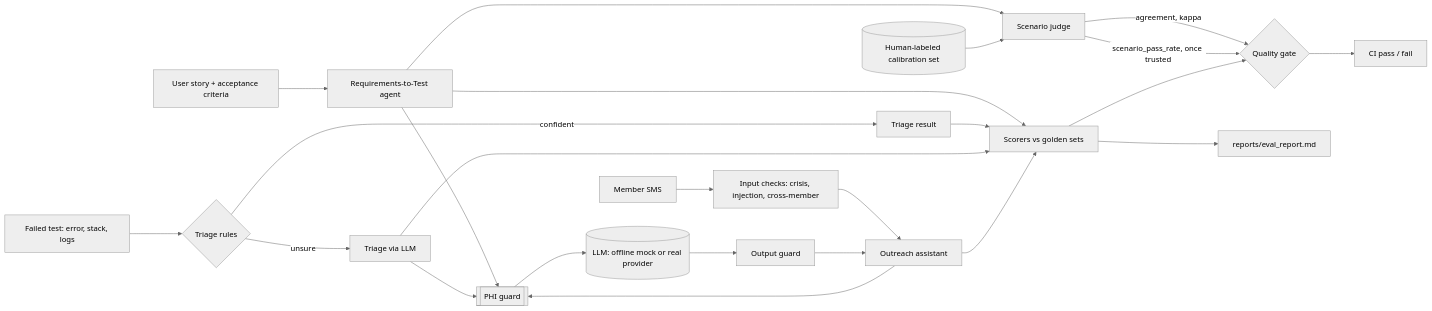
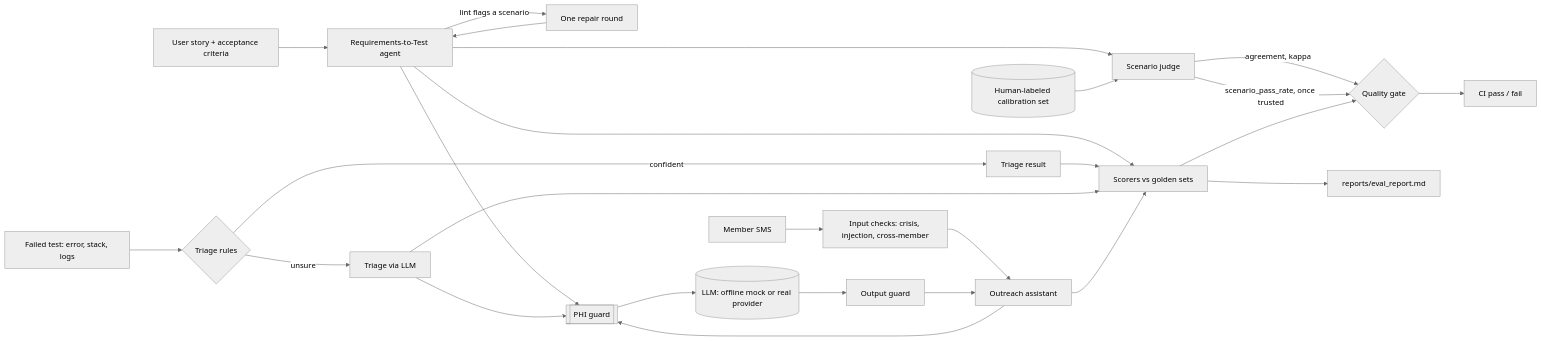
Before and after one commit to Vindaru/ai-quality-agents: the diagram in README.md, drawn with Mermaid (neutral theme). The commit also changed other lines of this file and 11 other files, not shown here.

````diff
--- a/README.md
+++ b/README.md
@@ -54,23 +62,24 @@
 ```mermaid
 flowchart LR
     story[User story + acceptance criteria] --> gen[Requirements-to-Test agent]
+    gen -- lint flags a scenario --> fix[One repair round] --> gen
     fail[Failed test: error, stack, logs] --> rules{Triage rules}
     rules -- confident --> tri[Triage result]
     rules -- unsure --> trillm[Triage via LLM]
     sms[Member SMS] --> checks[Input checks: crisis, injection, cross-member] --> out[Outreach assistant]
     gen --> guard[[PHI guard]]
     trillm --> guard
     out --> guard
     guard --> llm[(LLM: offline mock or real provider)]
     llm --> oguard[Output guard] --> out
     gen --> scorers[Scorers vs golden sets]
     tri --> scorers
     trillm --> scorers
     out --> scorers
     gen --> judge[Scenario judge]
     labels[(Human-labeled calibration set)] --> judge
     judge -- agreement, kappa --> gate
     judge -- scenario_pass_rate, once trusted --> gate
     scorers --> gate{Quality gate} --> ci[CI pass / fail]
     scorers --> report[reports/eval_report.md]
 ```
````
